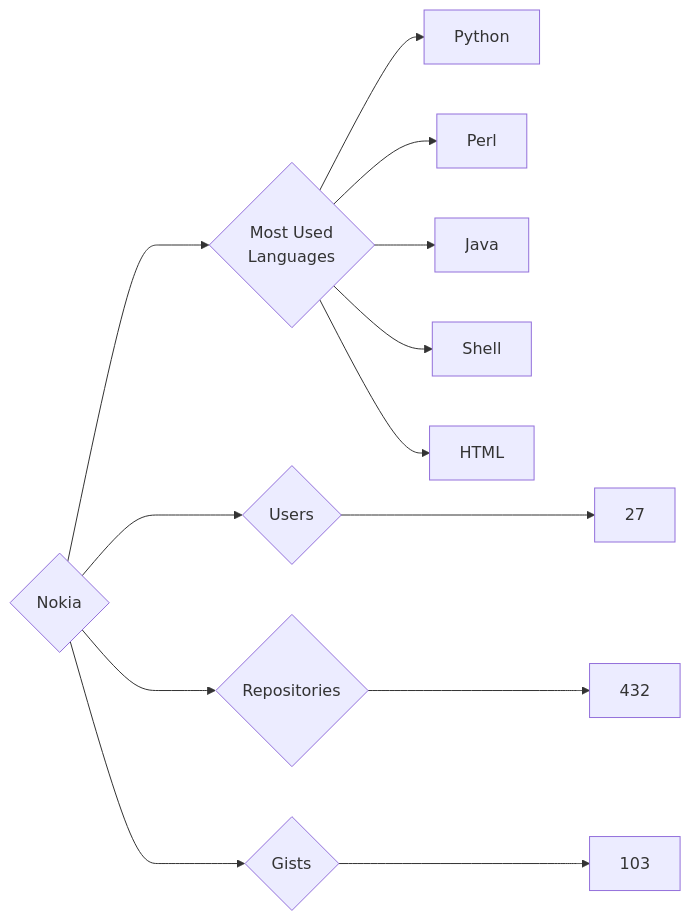
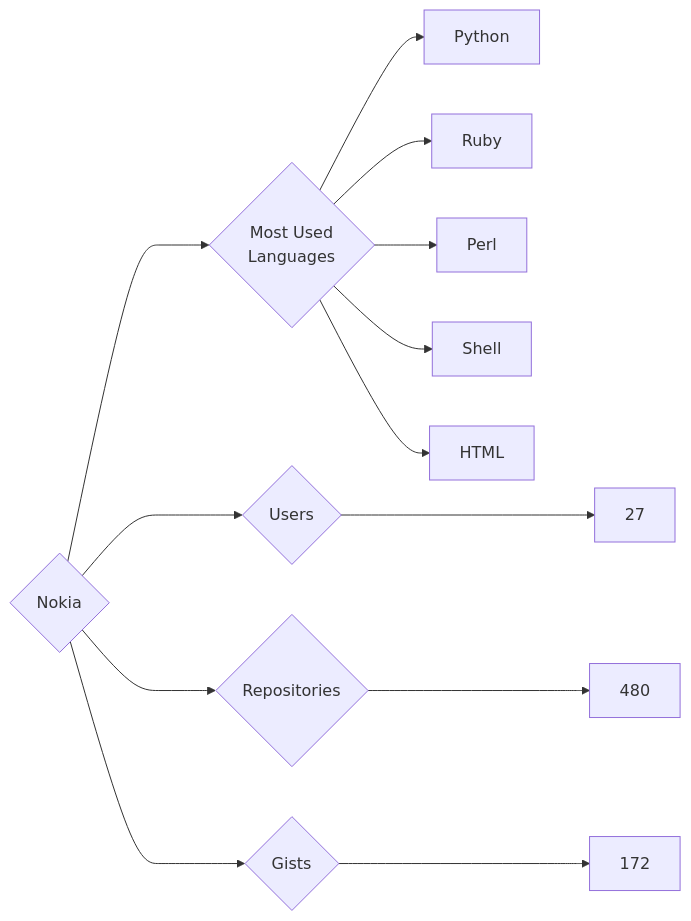
Before and after one commit to trickest/insiders: the diagram in targets/Nokia/README.md, drawn with Mermaid. The commit also changed 695 other files, not shown here.

````diff
--- a/targets/Nokia/README.md
+++ b/targets/Nokia/README.md
@@ -3,13 +3,13 @@
 ```mermaid
 graph LR
 COMPANY_NAME{Nokia}
 COMPANY_NAME ---> U{Users} ---> UN[27]
-COMPANY_NAME ---> R{Repositories} ---> RN[432]
-COMPANY_NAME ---> G{Gists} ---> GN[103]
+COMPANY_NAME ---> R{Repositories} ---> RN[480]
+COMPANY_NAME ---> G{Gists} ---> GN[172]
 COMPANY_NAME ---> ML{Most Used<br>Languages}
 ML --> Python[Python]
+ML --> Ruby[Ruby]
 ML --> Perl[Perl]
-ML --> Java[Java]
 ML --> Shell[Shell]
 ML --> HTML[HTML]
 ```
````
